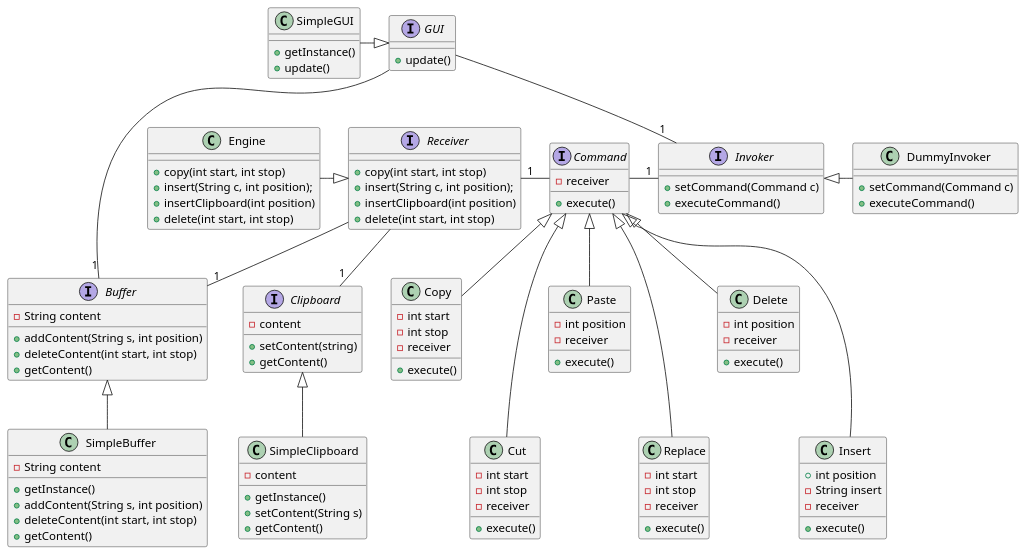
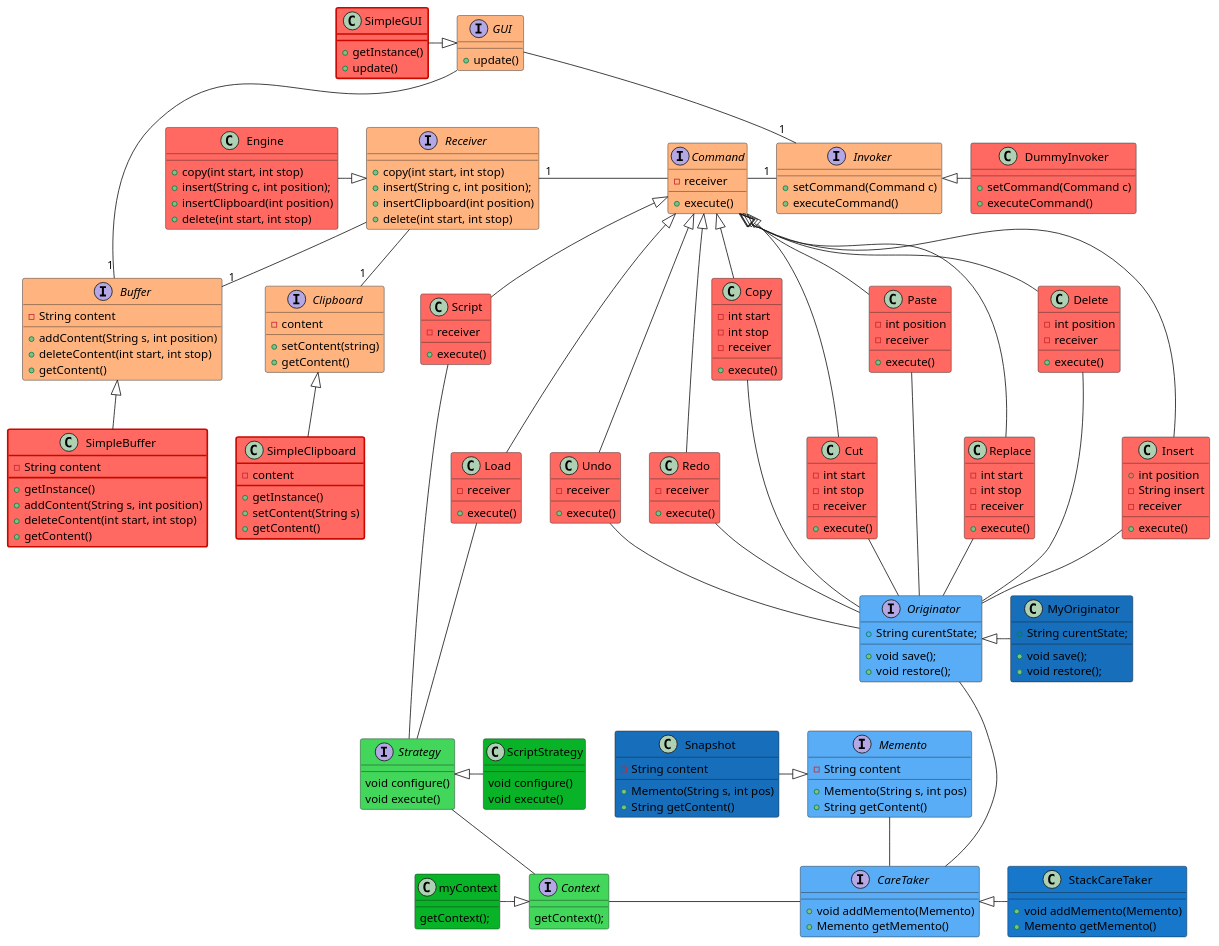
Before and after one commit to Camille-Molinier/text-editor: the diagram in V2/Conception/ClassDiagram.puml, drawn with PlantUML. The commit also changed 1 other file, not shown here.

Commit message:
Class diagram V2 + refactor srcV2 module

```diff
--- a/V2/Conception/ClassDiagram.puml
+++ b/V2/Conception/ClassDiagram.puml
@@ -1,46 +1,73 @@
 @startuml
 'https://plantuml.com/class-diagram
 
-interface GUI {
+interface GUI #ffb480 {
     + update()
 }
 
-interface Invoker {
+interface Invoker #ffb480 {
     + setCommand(Command c)
     + executeCommand()
 }
 
-interface Command {
+interface Command #ffb480 {
     - receiver
     + execute()
 }
 
-interface Receiver {
+interface Receiver #ffb480 {
     + copy(int start, int stop)
     + insert(String c, int position);
     + insertClipboard(int position)
     + delete(int start, int stop)
 }
 
-interface Clipboard {
+interface Clipboard #ffb480 {
     - content
     + setContent(string)
     + getContent()
 }
 
-interface Buffer {
+interface Buffer #ffb480 {
     - String content
     + addContent(String s, int position)
     + deleteContent(int start, int stop)
     + getContent()
 }
 
-class SimpleGUI {
+interface Originator #59adf6 {
+    + String curentState;
+    + void save();
+    + void restore();
+}
+
+interface Memento #59adf6 {
+    - String content
+
+    + Memento(String s, int pos)
+    + String getContent()
+}
+
+interface CareTaker #59adf6 {
+    + void addMemento(Memento)
+    + Memento getMemento()
+}
+
+interface Strategy #42D65B {
+  void configure()
+  void execute()
+}
+
+interface Context #42D65B {
+  getContext();
+}
+
+class SimpleGUI #ff6961;line.bold:C80900 {
     + getInstance()
     + update()
 }
 
-class Engine {
+class Engine #ff6961 {
       + copy(int start, int stop)
       + insert(String c, int position);
       + insertClipboard(int position)
@@ -48,47 +75,67 @@
 }
 
 
-class Copy {
+class Copy #ff6961 {
     - int start
     - int stop
     - receiver
     + execute()
 }
 
-class Cut {
+class Cut #ff6961 {
     - int start
     - int stop
     - receiver
     + execute()
 }
 
-class Paste {
+class Paste #ff6961 {
     - int position
     - receiver
     + execute()
 }
 
-class Replace {
+class Replace #ff6961 {
     - int start
     - int stop
     - receiver
     + execute()
 }
 
-class Delete {
+class Delete #ff6961 {
     - int position
     - receiver
     + execute()
 }
 
-class Insert {
+class Insert #ff6961 {
     + int position
     - String insert
     - receiver
     + execute()
 }
 
-class SimpleBuffer {
+class Undo #ff6961 {
+    - receiver
+    + execute()
+}
+
+class Redo #ff6961 {
+    - receiver
+    + execute()
+}
+
+class Script #ff6961 {
+    - receiver
+    + execute()
+}
+
+class Load #ff6961 {
+    - receiver
+    + execute()
+}
+
+class SimpleBuffer #ff6961;line.bold:C80900 {
     - String content
     + getInstance()
     + addContent(String s, int position)
@@ -96,18 +143,44 @@
     + getContent()
 }
 
-class SimpleClipboard {
+class SimpleClipboard #ff6961;line.bold:C80900 {
     - content
     + getInstance()
     + setContent(String s)
     + getContent()
 }
 
-class DummyInvoker {
+class DummyInvoker #ff6961 {
     + setCommand(Command c)
     + executeCommand()
 }
 
+class MyOriginator #176EBB {
+    + String curentState;
+    + void save();
+    + void restore();
+}
+
+class Snapshot #176EBB {
+    - String content
+
+    + Memento(String s, int pos)
+    + String getContent()
+}
+
+class StackCareTaker #1677CB {
+    + void addMemento(Memento)
+    + Memento getMemento()
+}
+
+class ScriptStrategy #09B327 {
+    void configure()
+    void execute()
+}
+
+class myContext #09B327 {
+  getContext();
+}
 
 GUI --- "1"Buffer
 GUI --"1" Invoker
@@ -122,6 +195,23 @@
 
 Invoker "1"--left Command
 
+Copy -- Originator
+Paste -- Originator
+Replace -- Originator
+Delete -- Originator
+Cut -- Originator
+Insert -- Originator
+Undo -- Originator
+Redo -- Originator
+
+Script --- Strategy
+Load --- Strategy
+
+Strategy -- Context
+
+Context - CareTaker
+CareTaker -up- Originator
+Memento -- CareTaker
 
 Copy -up-|> Command
 Paste -up-|> Command
@@ -129,11 +219,22 @@
 Delete -up-|> Command
 Cut --up-|> Command
 Insert -up--|> Command
+Undo -up--|> Command
+Redo -up--|> Command
+Script -up-|> Command
+Load -up--|> Command
 
 SimpleBuffer -up-|> Buffer
 SimpleClipboard -up-|> Clipboard
 
 DummyInvoker -left|> Invoker
 
+MyOriginator -left|> Originator
+StackCareTaker -left|> CareTaker
+Snapshot -down|> Memento
+
+ScriptStrategy -left-|> Strategy
+myContext -|> Context
+
 
 @enduml
```
